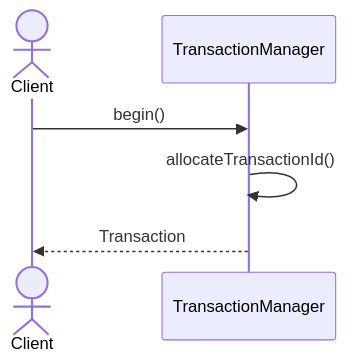
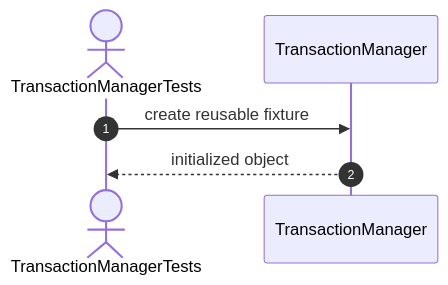
One commit to FhuAnn/-bbv-AN-s-DBMS changed the first of 19 diagrams in src/tests/unit/transaction/sequences/transactionmanager-testing.se.md. Above: the diagram before and after it, drawn with Mermaid. The commit also changed other lines of this file and 36 other files, not shown here.

````diff
--- a/src/tests/unit/transaction/sequences/transactionmanager-testing.se.md
+++ b/src/tests/unit/transaction/sequences/transactionmanager-testing.se.md
@@ -7,11 +7,8 @@
 ```mermaid
 sequenceDiagram
-actor Client
-participant TransactionManager
-
-Client->>TransactionManager: begin()
-
-TransactionManager->>TransactionManager: allocateTransactionId()
-
-TransactionManager-->>Client: Transaction
+    autonumber
+    actor Test as TransactionManagerTests
+    participant Target as TransactionManager
+    Test->>Target: create reusable fixture
+    Target-->>Test: initialized object
 ```
````
